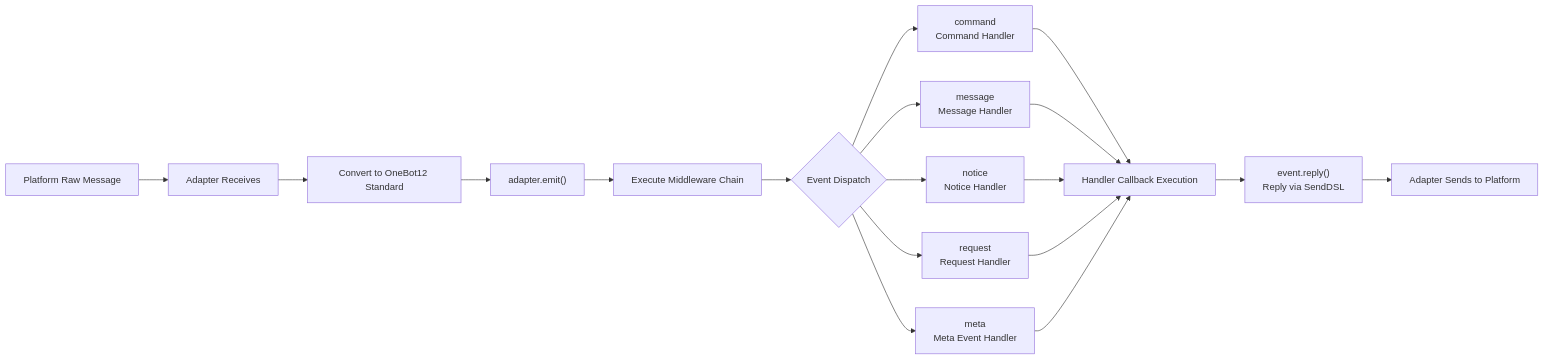
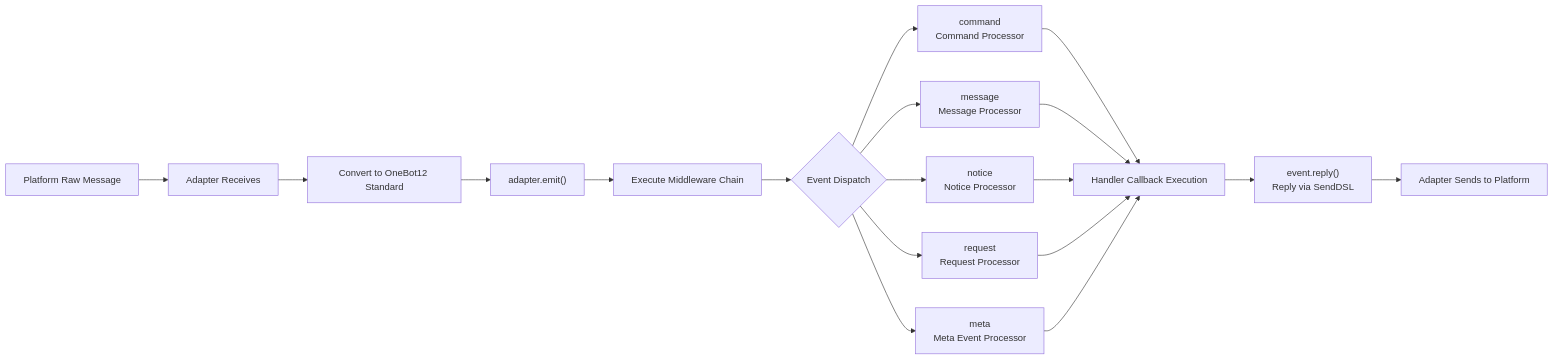
The third of 9 diagrams in docs/en/architecture.md (ErisPulse/ErisPulse), drawn with Mermaid before and after one commit. The commit also changed other lines of this file and 622 other files, not shown here.

````diff
--- a/docs/en/architecture.md
+++ b/docs/en/architecture.md
@@ -92,16 +88,16 @@
 ```mermaid
 flowchart LR
     A["Platform Raw Message"] --> B["Adapter Receives"]
     B --> C["Convert to OneBot12 Standard"]
     C --> D["adapter.emit()"]
     D --> E["Execute Middleware Chain"]
     E --> F{"Event Dispatch"}
-    F --> G1["command<br/>Command Handler"]
-    F --> G2["message<br/>Message Handler"]
-    F --> G3["notice<br/>Notice Handler"]
-    F --> G4["request<br/>Request Handler"]
-    F --> G5["meta<br/>Meta Event Handler"]
+    F --> G1["command<br/>Command Processor"]
+    F --> G2["message<br/>Message Processor"]
+    F --> G3["notice<br/>Notice Processor"]
+    F --> G4["request<br/>Request Processor"]
+    F --> G5["meta<br/>Meta Event Processor"]
     G1 & G2 & G3 & G4 & G5 --> H["Handler Callback Execution"]
     H --> I["event.reply()<br/>Reply via SendDSL"]
     I --> J["Adapter Sends to Platform"]
 ```
````
